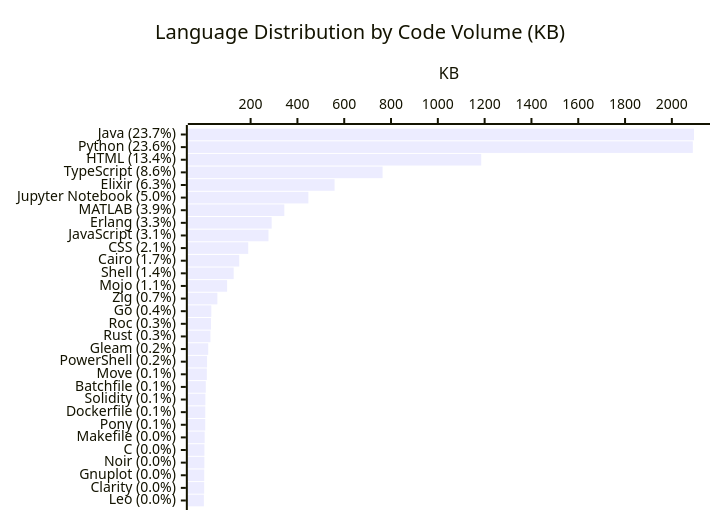
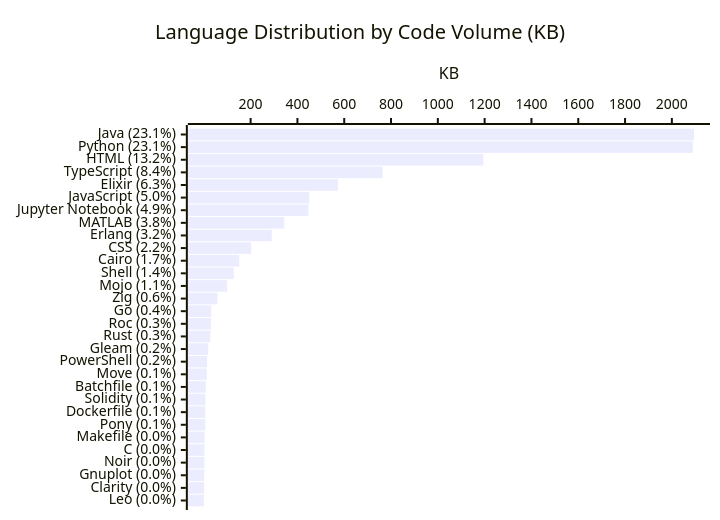
Before and after one commit to KathiraveluLab/.github: the diagram in profile/README.md, drawn with Mermaid. The commit also changed other lines of this file and 1 other file, not shown here.

````diff
--- a/profile/README.md
+++ b/profile/README.md
@@ -73,7 +74,7 @@
 ```mermaid
 xychart-beta horizontal
     title "Language Distribution by Code Volume (KB)"
-    x-axis ["Java (23.7%)", "Python (23.6%)", "HTML (13.4%)", "TypeScript (8.6%)", "Elixir (6.3%)", "Jupyter Notebook (5.0%)", "MATLAB (3.9%)", "Erlang (3.3%)", "JavaScript (3.1%)", "CSS (2.1%)", "Cairo (1.7%)", "Shell (1.4%)", "Mojo (1.1%)", "Zig (0.7%)", "Go (0.4%)", "Roc (0.3%)", "Rust (0.3%)", "Gleam (0.2%)", "PowerShell (0.2%)", "Move (0.1%)", "Batchfile (0.1%)", "Solidity (0.1%)", "Dockerfile (0.1%)", "Pony (0.1%)", "Makefile (0.0%)", "C (0.0%)", "Noir (0.0%)", "Gnuplot (0.0%)", "Clarity (0.0%)", "Leo (0.0%)"]
+    x-axis ["Java (23.1%)", "Python (23.1%)", "HTML (13.2%)", "TypeScript (8.4%)", "Elixir (6.3%)", "JavaScript (5.0%)", "Jupyter Notebook (4.9%)", "MATLAB (3.8%)", "Erlang (3.2%)", "CSS (2.2%)", "Cairo (1.7%)", "Shell (1.4%)", "Mojo (1.1%)", "Zig (0.6%)", "Go (0.4%)", "Roc (0.3%)", "Rust (0.3%)", "Gleam (0.2%)", "PowerShell (0.2%)", "Move (0.1%)", "Batchfile (0.1%)", "Solidity (0.1%)", "Dockerfile (0.1%)", "Pony (0.1%)", "Makefile (0.0%)", "C (0.0%)", "Noir (0.0%)", "Gnuplot (0.0%)", "Clarity (0.0%)", "Leo (0.0%)"]
     y-axis "KB"
-    bar [2094.5, 2089.51, 1185.41, 763.92, 558.82, 446.91, 343.93, 289.93, 276.36, 189.89, 151.31, 127.55, 99.52, 58.03, 32.03, 30.88, 28.25, 18.9, 13.91, 12.89, 8.48, 6.65, 6.34, 6.01, 3.74, 2.58, 2.46, 1.82, 1.53, 0.26]
+    bar [2094.5, 2089.51, 1194.64, 763.92, 573.78, 450.69, 446.91, 343.93, 289.93, 202.6, 151.31, 127.55, 99.52, 58.12, 32.03, 30.88, 28.25, 18.9, 13.91, 12.89, 8.48, 6.65, 6.34, 6.01, 3.74, 2.58, 2.46, 1.82, 1.53, 0.26]
 ```
````
